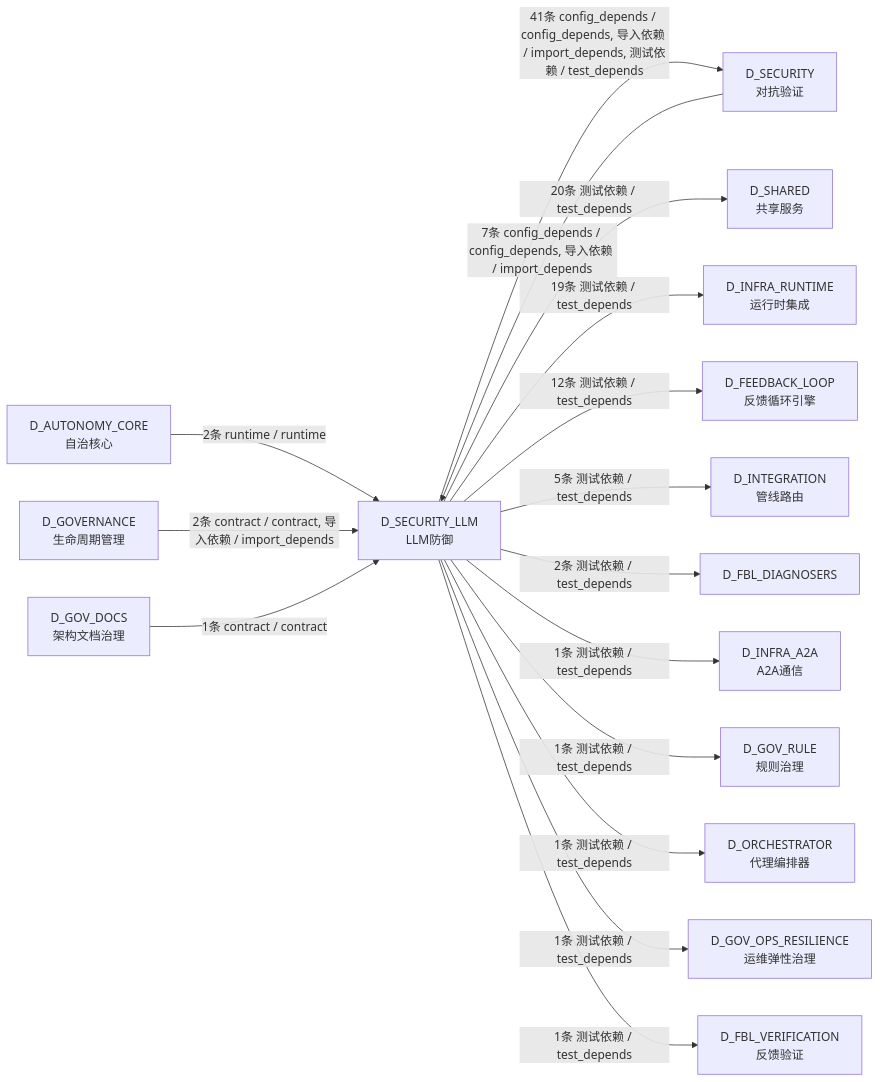
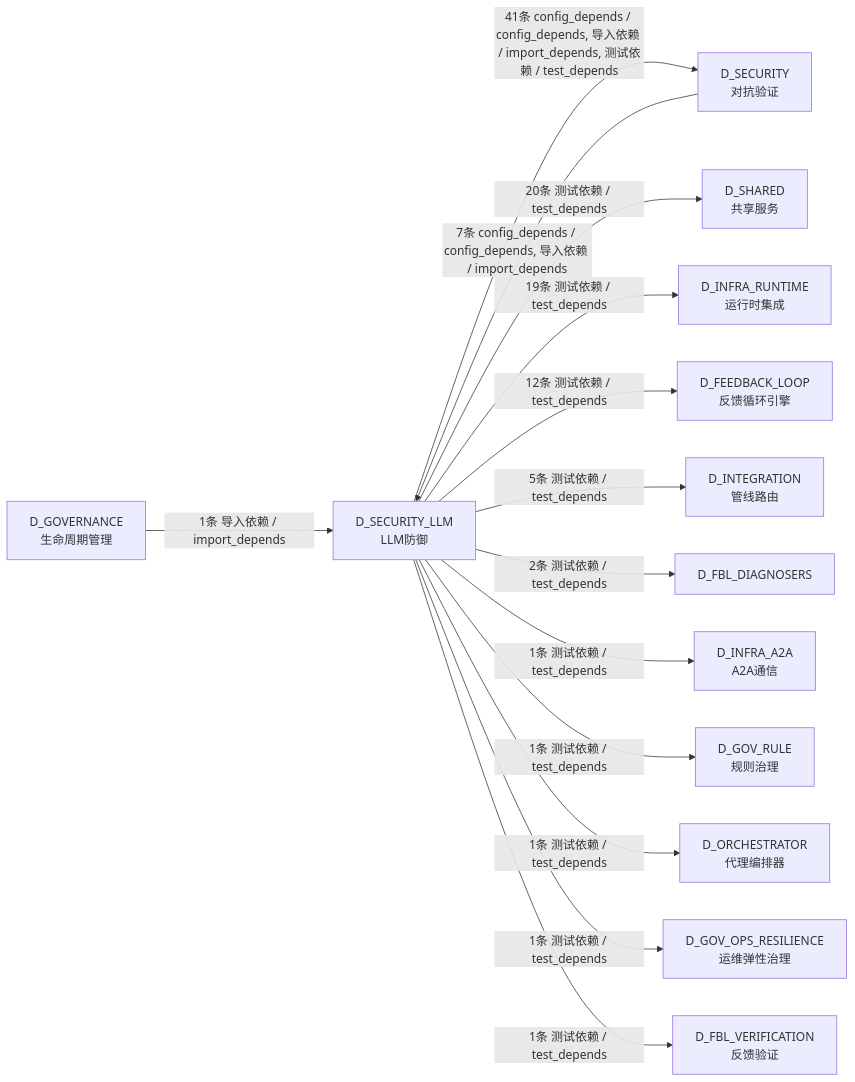
The sixth of 6 diagrams in docs/02_enterprise_architecture/02_domain_architecture_docs/25_d_security_llm.md (xuanFelixVan/ZephyrAlpha), drawn with Mermaid before and after one commit. The commit also changed other lines of this file and 101 other files, not shown here.

````diff
--- a/docs/02_enterprise_architecture/02_domain_architecture_docs/25_d_security_llm.md
+++ b/docs/02_enterprise_architecture/02_domain_architecture_docs/25_d_security_llm.md
@@ -568,33 +555,29 @@
 ```mermaid
 graph LR
     D_SECURITY_LLM["D_SECURITY_LLM<br/>LLM防御"]
     D_SECURITY["D_SECURITY<br/>对抗验证"]
     D_SHARED["D_SHARED<br/>共享服务"]
     D_INFRA_RUNTIME["D_INFRA_RUNTIME<br/>运行时集成"]
     D_FEEDBACK_LOOP["D_FEEDBACK_LOOP<br/>反馈循环引擎"]
     D_INTEGRATION["D_INTEGRATION<br/>管线路由"]
     D_FBL_DIAGNOSERS["D_FBL_DIAGNOSERS"]
     D_INFRA_A2A["D_INFRA_A2A<br/>A2A通信"]
     D_GOV_RULE["D_GOV_RULE<br/>规则治理"]
     D_ORCHESTRATOR["D_ORCHESTRATOR<br/>代理编排器"]
     D_GOV_OPS_RESILIENCE["D_GOV_OPS_RESILIENCE<br/>运维弹性治理"]
     D_FBL_VERIFICATION["D_FBL_VERIFICATION<br/>反馈验证"]
-    D_AUTONOMY_CORE["D_AUTONOMY_CORE<br/>自治核心"]
     D_GOVERNANCE["D_GOVERNANCE<br/>生命周期管理"]
-    D_GOV_DOCS["D_GOV_DOCS<br/>架构文档治理"]
     D_SECURITY_LLM -->|41条 config_depends / config_depends, 导入依赖 / import_depends, 测试依赖 / test_depends| D_SECURITY
     D_SECURITY_LLM -->|20条 测试依赖 / test_depends| D_SHARED
     D_SECURITY_LLM -->|19条 测试依赖 / test_depends| D_INFRA_RUNTIME
     D_SECURITY_LLM -->|12条 测试依赖 / test_depends| D_FEEDBACK_LOOP
     D_SECURITY_LLM -->|5条 测试依赖 / test_depends| D_INTEGRATION
     D_SECURITY_LLM -->|2条 测试依赖 / test_depends| D_FBL_DIAGNOSERS
     D_SECURITY_LLM -->|1条 测试依赖 / test_depends| D_INFRA_A2A
     D_SECURITY_LLM -->|1条 测试依赖 / test_depends| D_GOV_RULE
     D_SECURITY_LLM -->|1条 测试依赖 / test_depends| D_ORCHESTRATOR
     D_SECURITY_LLM -->|1条 测试依赖 / test_depends| D_GOV_OPS_RESILIENCE
     D_SECURITY_LLM -->|1条 测试依赖 / test_depends| D_FBL_VERIFICATION
     D_SECURITY -->|7条 config_depends / config_depends, 导入依赖 / import_depends| D_SECURITY_LLM
-    D_AUTONOMY_CORE -->|2条 runtime / runtime| D_SECURITY_LLM
-    D_GOVERNANCE -->|2条 contract / contract, 导入依赖 / import_depends| D_SECURITY_LLM
-    D_GOV_DOCS -->|1条 contract / contract| D_SECURITY_LLM
+    D_GOVERNANCE -->|1条 导入依赖 / import_depends| D_SECURITY_LLM
 ```
````
